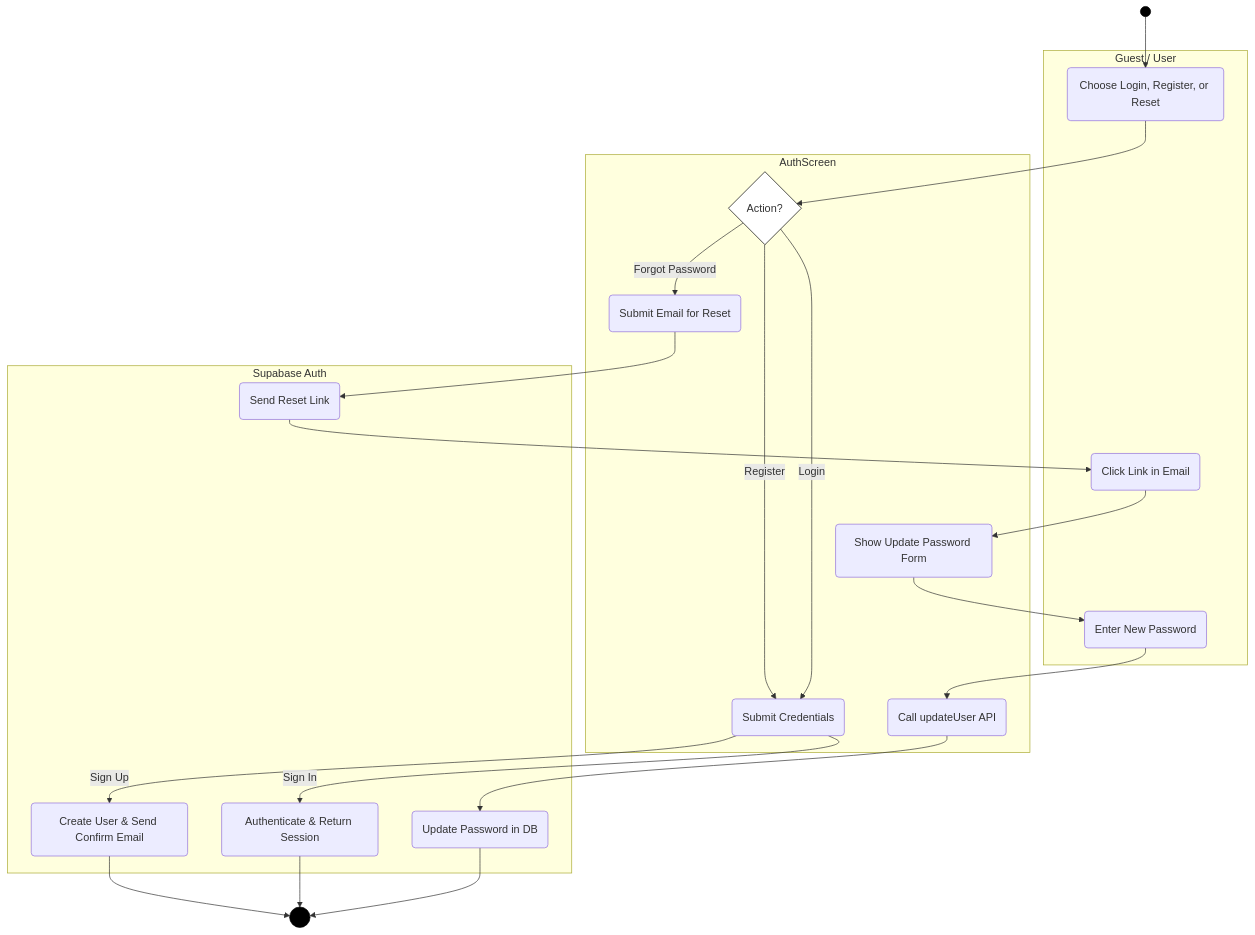
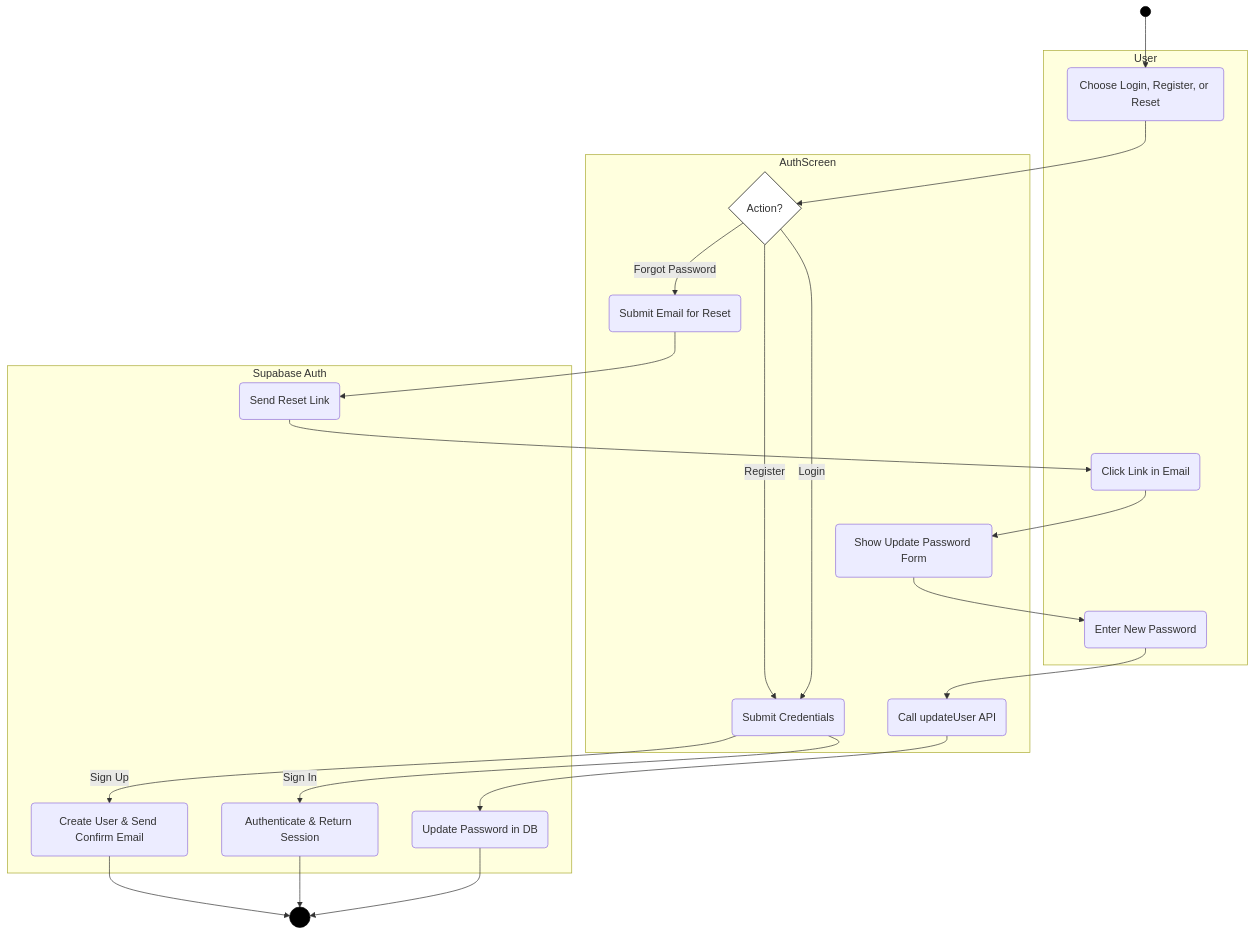
One commit to dvydinh/mechdrive changed the first of 2 diagrams in docs/uml/2_Activity_Diagrams.md. Above: the diagram before and after it, drawn with Mermaid. The commit also changed other lines of this file and 2 other files, not shown here.

````diff
--- a/docs/uml/2_Activity_Diagrams.md
+++ b/docs/uml/2_Activity_Diagrams.md
@@ -5,51 +5,51 @@
 ```mermaid
 %%{init: {'theme': 'default', 'themeVariables': {'background': '#ffffff'}}}%%
 flowchart TD
     classDef startEnd fill:#000,stroke:#000,color:#fff;
     classDef decision fill:#fff,stroke:#000,shape:diamond;
 
     Start(( )):::startEnd
     End((( ))):::startEnd
     
-    subgraph User_Lane [Guest / User]
+    subgraph User_Lane [User]
         A1(Choose Login, Register, or Reset)
         A6(Click Link in Email)
         A8(Enter New Password)
     end
     
     subgraph UI_Lane [AuthScreen]
         D1{"Action?"}:::decision
         A2(Submit Credentials)
         A4(Submit Email for Reset)
         A7(Show Update Password Form)
         A9(Call updateUser API)
     end
     
     subgraph Supabase_Lane [Supabase Auth]
         A3(Create User & Send Confirm Email)
         A5(Send Reset Link)
         A10(Update Password in DB)
         A11(Authenticate & Return Session)
     end
     
     Start --> A1
     A1 --> D1
     
     D1 -->|Register| A2
     D1 -->|Login| A2
     D1 -->|Forgot Password| A4
     
     A2 -->|Sign Up| A3
     A2 -->|Sign In| A11
     A4 --> A5
     
     A3 --> End
     A5 --> A6
     A11 --> End
     
     A6 --> A7
     A7 --> A8
     A8 --> A9
     A9 --> A10
     A10 --> End
 ```
````
